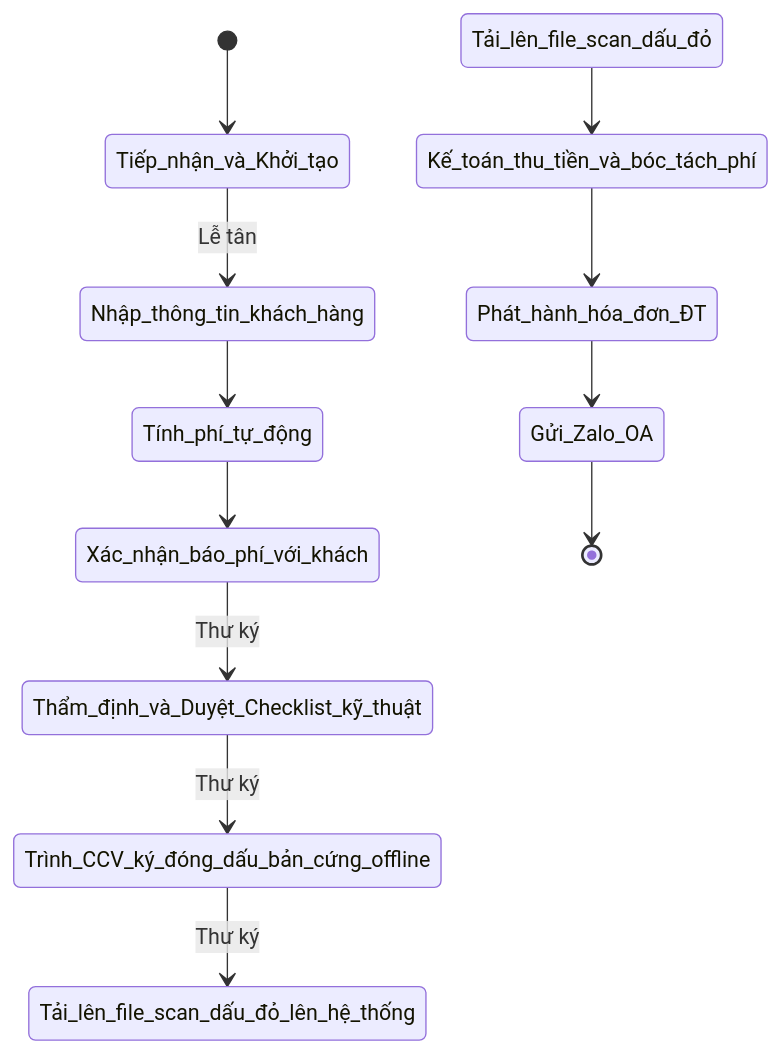
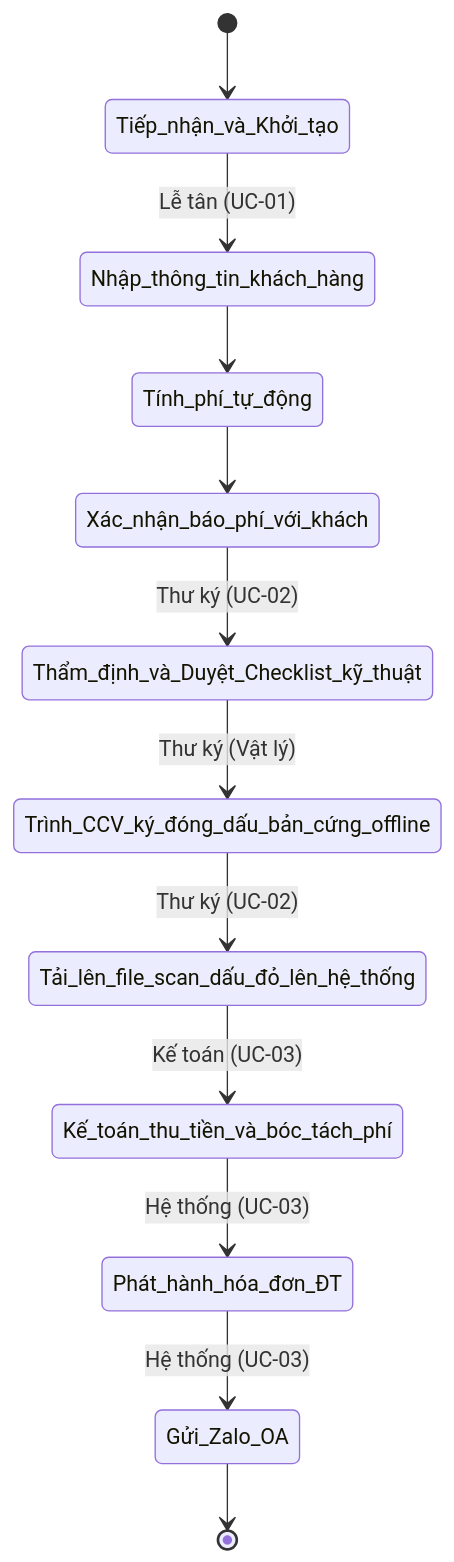
Before and after one commit to MinhHoang22/SRS_VPCC: the third of 4 diagrams in docs/SRS_SaoY.md, drawn with Mermaid. The commit also changed other lines of this file, not shown here.

````diff
--- a/docs/SRS_SaoY.md
+++ b/docs/SRS_SaoY.md
@@ -497,14 +147,14 @@
 ```mermaid
-  stateDiagram-v2
-      [*] --> Tiếp_nhận_và_Khởi_tạo
-      Tiếp_nhận_và_Khởi_tạo --> Nhập_thông_tin_khách_hàng : Lễ tân
-      Nhập_thông_tin_khách_hàng --> Tính_phí_tự_động
-      Tính_phí_tự_động --> Xác_nhận_báo_phí_với_khách
-      Xác_nhận_báo_phí_với_khách --> Thẩm_định_và_Duyệt_Checklist_kỹ_thuật : Thư ký
-      Thẩm_định_và_Duyệt_Checklist_kỹ_thuật --> Trình_CCV_ký_đóng_dấu_bản_cứng_offline : Thư ký
-      Trình_CCV_ký_đóng_dấu_bản_cứng_offline --> Tải_lên_file_scan_dấu_đỏ_lên_hệ_thống : Thư ký
-      Tải_lên_file_scan_dấu_đỏ --> Kế_toán_thu_tiền_và_bóc_tách_phí
-      Kế_toán_thu_tiền_và_bóc_tách_phí --> Phát_hành_hóa_đơn_ĐT
-      Phát_hành_hóa_đơn_ĐT --> Gửi_Zalo_OA
-      Gửi_Zalo_OA --> [*]
+stateDiagram-v2
+    [*] --> Tiếp_nhận_và_Khởi_tạo
+    Tiếp_nhận_và_Khởi_tạo --> Nhập_thông_tin_khách_hàng : Lễ tân (UC-01)
+    Nhập_thông_tin_khách_hàng --> Tính_phí_tự_động
+    Tính_phí_tự_động --> Xác_nhận_báo_phí_với_khách
+    Xác_nhận_báo_phí_với_khách --> Thẩm_định_và_Duyệt_Checklist_kỹ_thuật : Thư ký (UC-02)
+    Thẩm_định_và_Duyệt_Checklist_kỹ_thuật --> Trình_CCV_ký_đóng_dấu_bản_cứng_offline : Thư ký (Vật lý)
+    Trình_CCV_ký_đóng_dấu_bản_cứng_offline --> Tải_lên_file_scan_dấu_đỏ_lên_hệ_thống : Thư ký (UC-02)
+    Tải_lên_file_scan_dấu_đỏ_lên_hệ_thống --> Kế_toán_thu_tiền_và_bóc_tách_phí : Kế toán (UC-03)
+    Kế_toán_thu_tiền_và_bóc_tách_phí --> Phát_hành_hóa_đơn_ĐT : Hệ thống (UC-03)
+    Phát_hành_hóa_đơn_ĐT --> Gửi_Zalo_OA : Hệ thống (UC-03)
+    Gửi_Zalo_OA --> [*]
 ```
````
